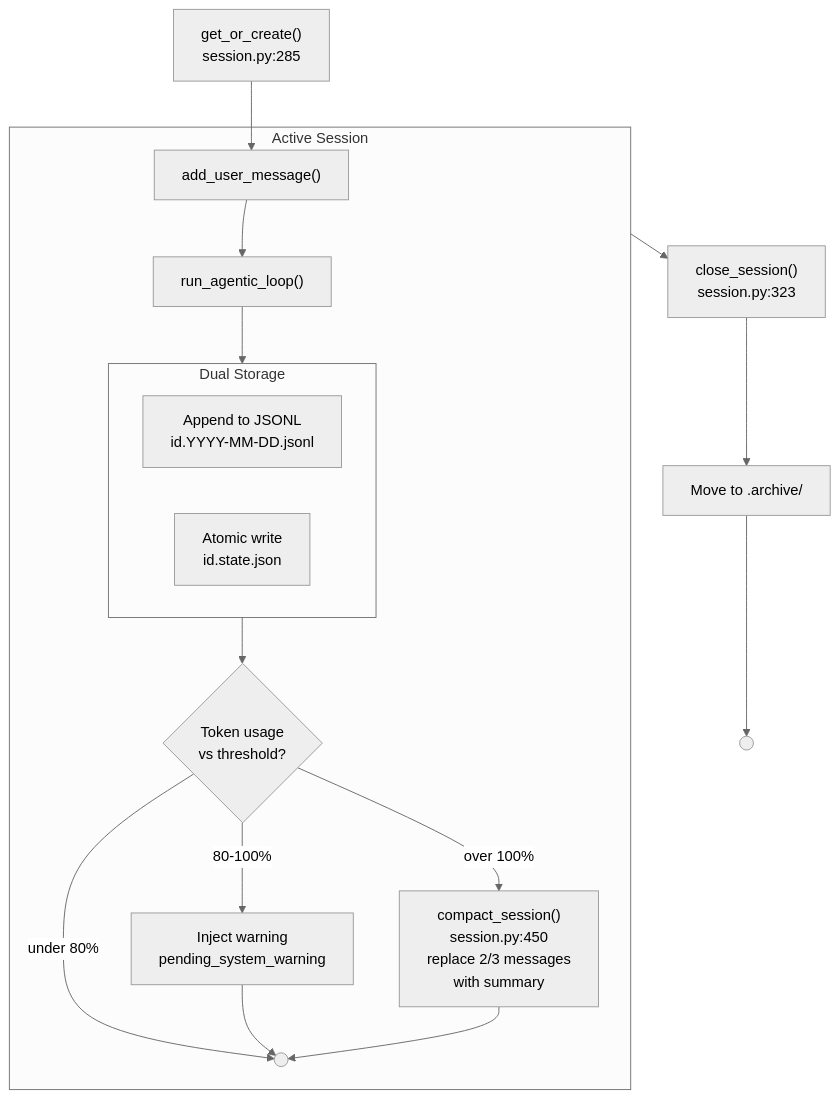
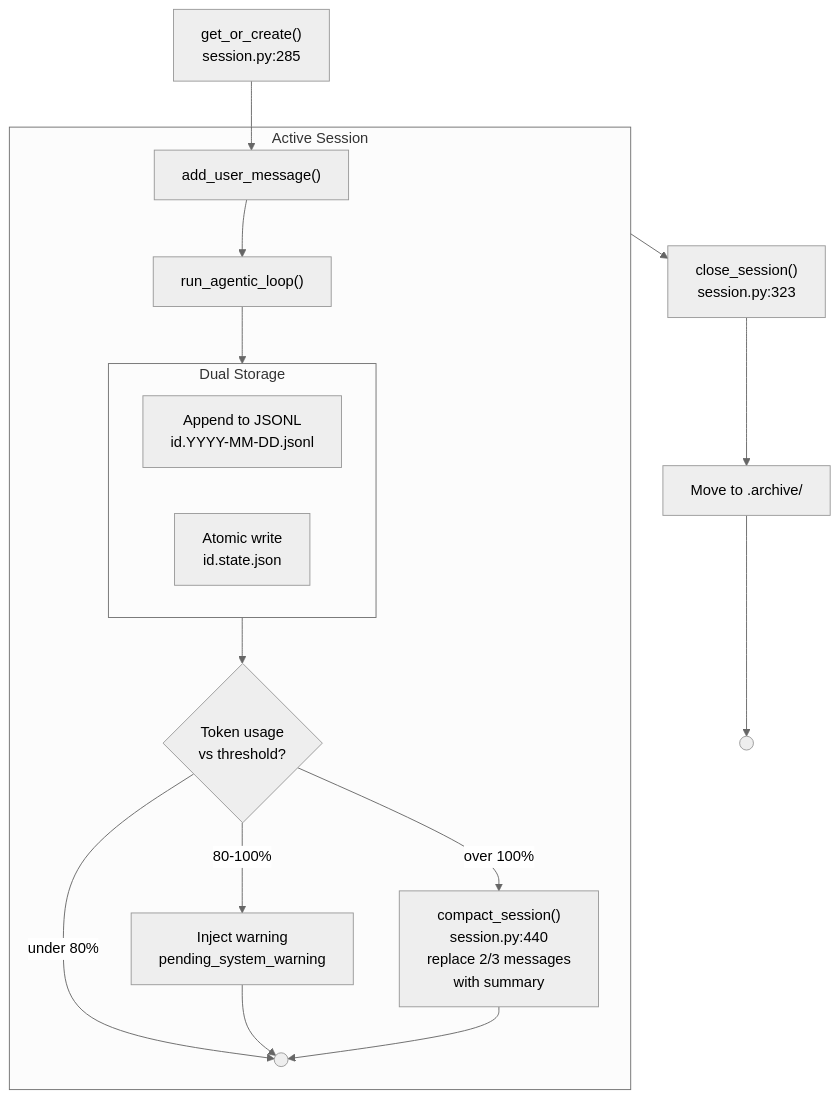
Before and after one commit to nicolasforstinger/lucyd: the sixth of 8 diagrams in docs/diagrams.md, drawn with Mermaid (neutral theme). The commit also changed other lines of this file and 23 other files, not shown here.

````diff
--- a/docs/diagrams.md
+++ b/docs/diagrams.md
@@ -236,29 +236,29 @@
 ```mermaid
 flowchart TD
     CREATE["get_or_create()<br/>session.py:285"]
 
     subgraph Active["Active Session"]
         USER_MSG["add_user_message()"]
         AGENTIC["run_agentic_loop()"]
 
         subgraph Persist["Dual Storage"]
             JSONL["Append to JSONL<br/>id.YYYY-MM-DD.jsonl"]
             STATE["Atomic write<br/>id.state.json"]
         end
 
         THRESHOLD{"Token usage<br/>vs threshold?"}
         NORMAL((" "))
         WARN["Inject warning<br/>pending_system_warning"]
-        COMPACT["compact_session()<br/>session.py:450<br/>replace 2/3 messages<br/>with summary"]
+        COMPACT["compact_session()<br/>session.py:440<br/>replace 2/3 messages<br/>with summary"]
     end
 
     CLOSE["close_session()<br/>session.py:323"]
     ARCHIVE["Move to .archive/"]
     DONE((" "))
 
     CREATE --> USER_MSG --> AGENTIC --> Persist --> THRESHOLD
     THRESHOLD -->|"under 80%"| NORMAL
     THRESHOLD -->|"80-100%"| WARN --> NORMAL
     THRESHOLD -->|"over 100%"| COMPACT --> NORMAL
     Active --> CLOSE --> ARCHIVE --> DONE
 ```
````
